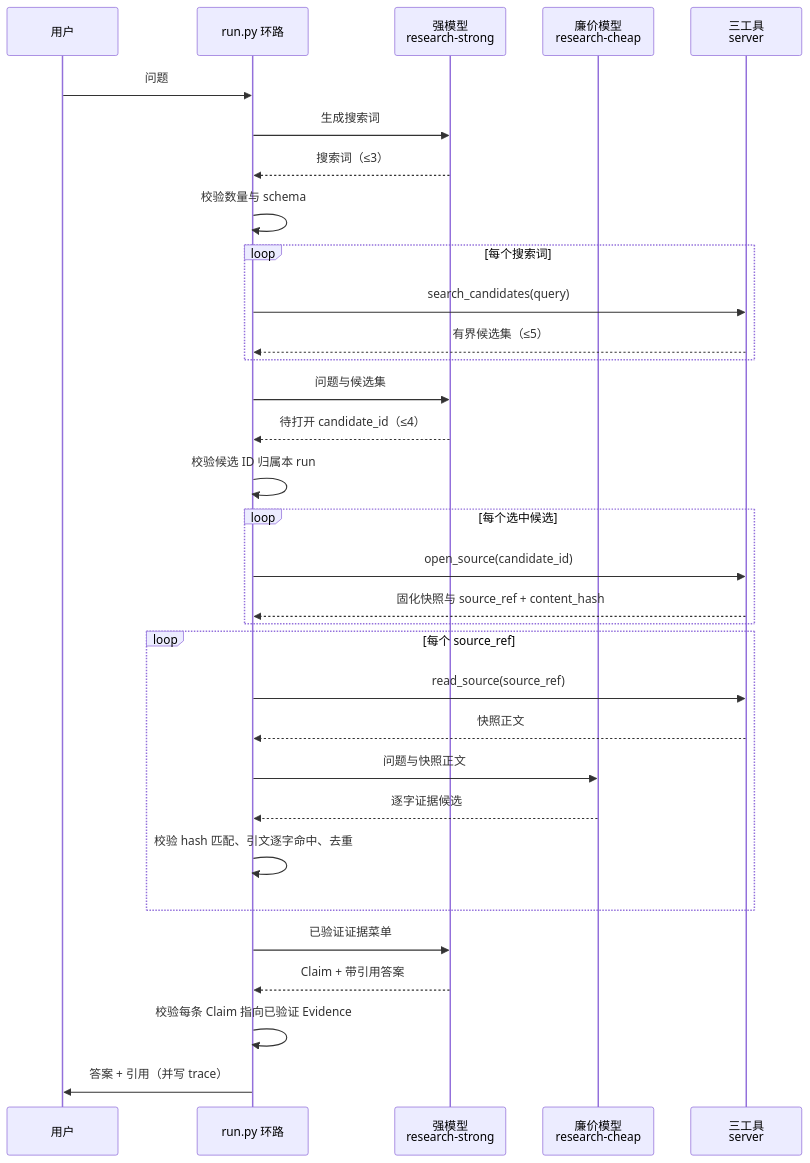
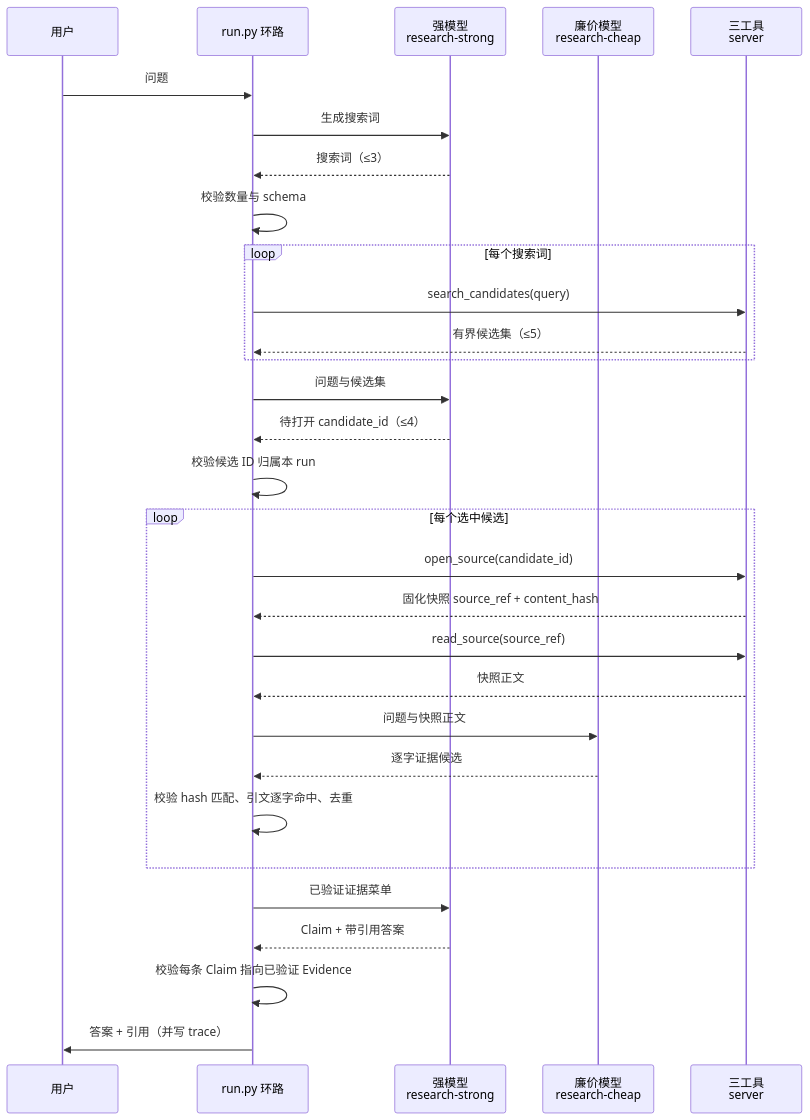
The diagram in docs/validation-poc.md (SuperCatQR/traceable-research-runtime), drawn with Mermaid before and after one commit.

Commit message:
时序图收敛：open/read/取证合并为单 loop，对齐 architecture §7 风格

````diff
--- a/docs/validation-poc.md
+++ b/docs/validation-poc.md
@@ -94,35 +94,33 @@
 ```mermaid
 sequenceDiagram
     participant U as 用户
     participant R as run.py 环路
     participant S as 强模型<br/>research-strong
     participant C as 廉价模型<br/>research-cheap
     participant SI as 三工具<br/>server
 
     U->>R: 问题
     R->>S: 生成搜索词
     S-->>R: 搜索词（≤3）
     R->>R: 校验数量与 schema
     loop 每个搜索词
         R->>SI: search_candidates(query)
         SI-->>R: 有界候选集（≤5）
     end
     R->>S: 问题与候选集
     S-->>R: 待打开 candidate_id（≤4）
     R->>R: 校验候选 ID 归属本 run
     loop 每个选中候选
         R->>SI: open_source(candidate_id)
-        SI-->>R: 固化快照与 source_ref + content_hash
-    end
-    loop 每个 source_ref
+        SI-->>R: 固化快照 source_ref + content_hash
         R->>SI: read_source(source_ref)
         SI-->>R: 快照正文
         R->>C: 问题与快照正文
         C-->>R: 逐字证据候选
         R->>R: 校验 hash 匹配、引文逐字命中、去重
     end
     R->>S: 已验证证据菜单
     S-->>R: Claim + 带引用答案
     R->>R: 校验每条 Claim 指向已验证 Evidence
     R->>U: 答案 + 引用（并写 trace）
 ```
````
